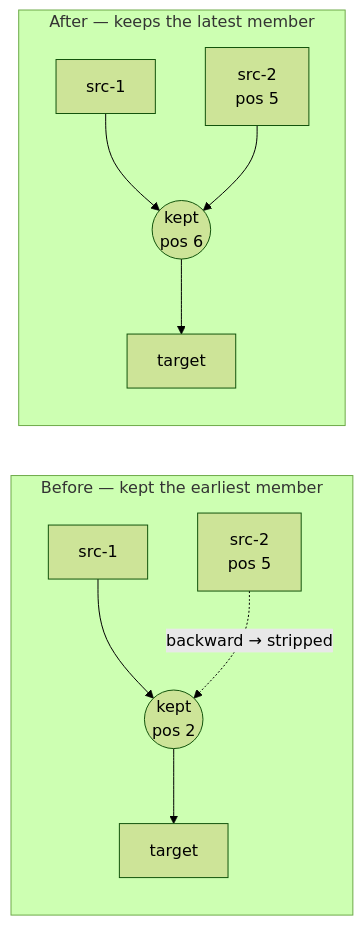
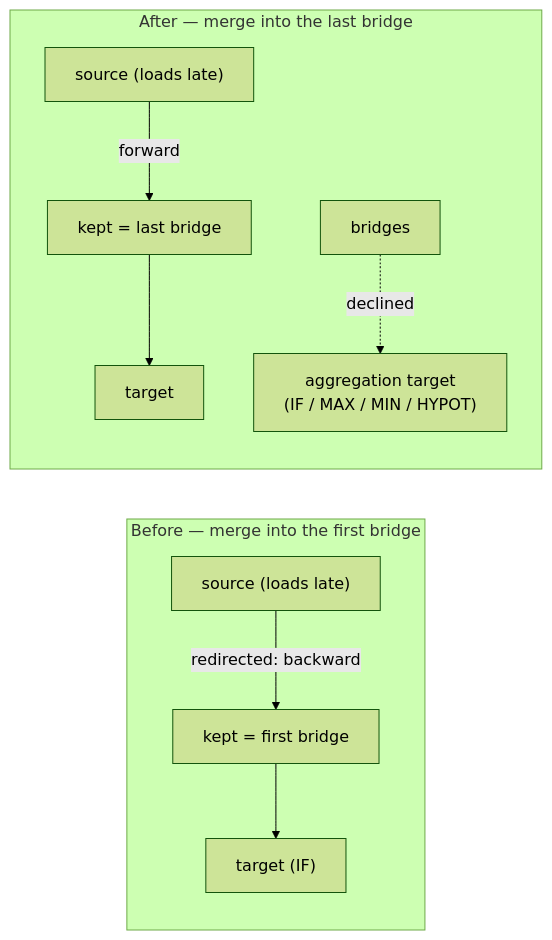
The diagram in docs/archive/pr-summaries/pr-summary-3809.md (stSoftwareAU/NEAT-AI), drawn with Mermaid (forest theme) before and after one commit. The commit also changed other lines of this file, not shown here.

First line of the commit message:
docs: PR summary for the parallel bridge merge fix (Issue #3809)

````diff
--- a/docs/archive/pr-summaries/pr-summary-3809.md
+++ b/docs/archive/pr-summaries/pr-summary-3809.md
@@ -52,13 +62,13 @@
 ```mermaid
 flowchart LR
-    subgraph before["Before — kept the earliest member"]
-        S1[src-1] --> K1((kept<br/>pos 2))
-        S2[src-2<br/>pos 5] -. "backward → stripped" .-> K1
-        K1 --> T1[target]
+    subgraph before["Before — merge into the first bridge"]
+        S1["source (loads late)"] -->|redirected: backward| K1["kept = first bridge"]
+        K1 --> T1["target (IF)"]
     end
-    subgraph after["After — keeps the latest member"]
-        S3[src-1] --> K2((kept<br/>pos 6))
-        S4[src-2<br/>pos 5] --> K2
-        K2 --> T2[target]
+    subgraph after["After — merge into the last bridge"]
+        S2["source (loads late)"] -->|forward| K2["kept = last bridge"]
+        K2 --> T2["target"]
+        T3["aggregation target<br/>(IF / MAX / MIN / HYPOT)"]
+        B3["bridges"] -.->|declined| T3
     end
 ```
````
